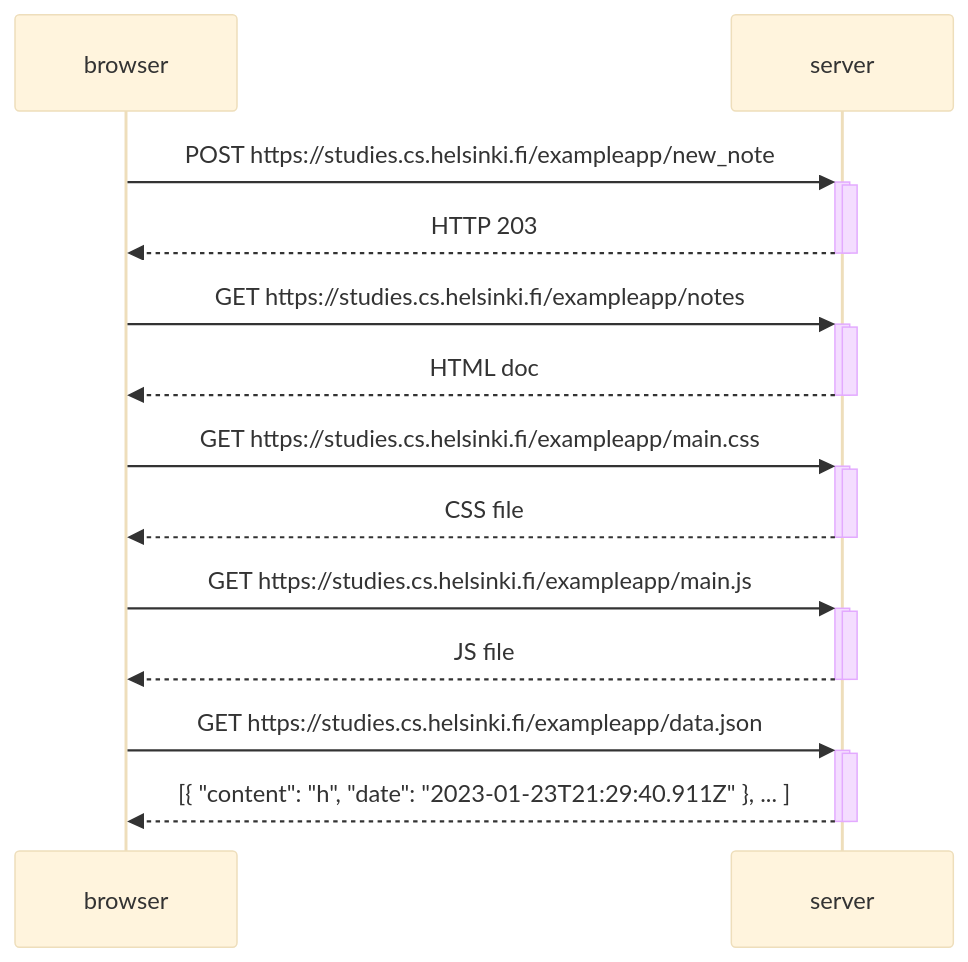
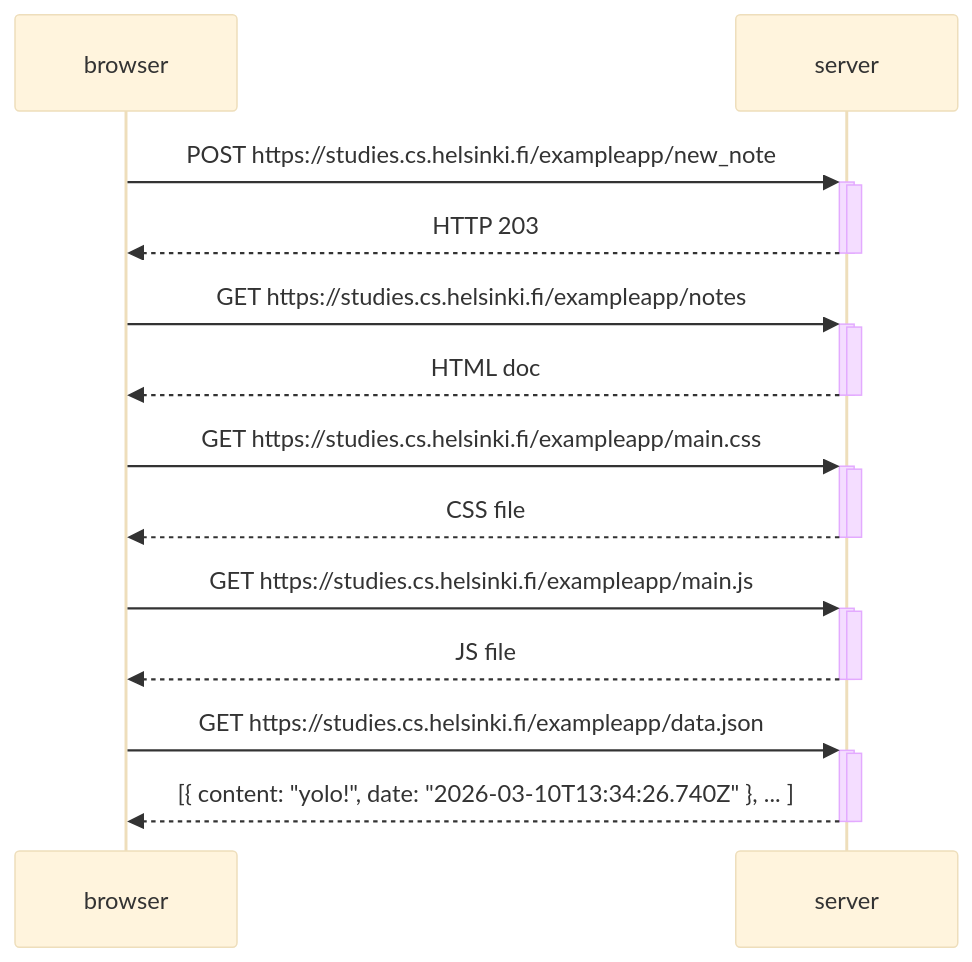
One commit to strasmus1/fullstack-open-part0 changed the diagram in exercise-0.4.md. Above: the diagram before and after it, drawn with Mermaid (base theme).

````diff
--- a/exercise-0.4.md
+++ b/exercise-0.4.md
@@ -1,28 +1,28 @@
 ```mermaid
 sequenceDiagram
   
     browser->>+server: POST https://studies.cs.helsinki.fi/exampleapp/new_note
     activate server
     server-->>-browser: HTTP 203
     deactivate server
     
     browser->>+server: GET https://studies.cs.helsinki.fi/exampleapp/notes
     activate server
     server-->>-browser: HTML doc
     deactivate server
     
     browser->>+server: GET https://studies.cs.helsinki.fi/exampleapp/main.css
     activate server
     server-->>-browser: CSS file
     deactivate server
     
     browser->>+server: GET https://studies.cs.helsinki.fi/exampleapp/main.js
     activate server
     server-->>-browser: JS file
     deactivate server
     
     browser->>+server: GET https://studies.cs.helsinki.fi/exampleapp/data.json
     activate server
-    server-->>-browser: [{ "content": "h", "date": "2023-01-23T21:29:40.911Z" }, ... ]
+    server-->>-browser: [{ content: "yolo!", date: "2026-03-10T13:34:26.740Z" }, ... ]
     deactivate server
  ```
````
